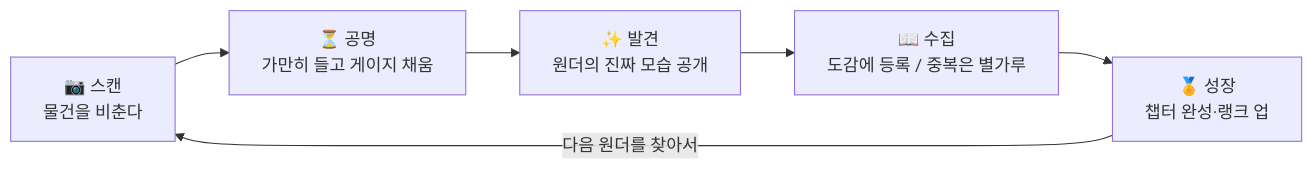
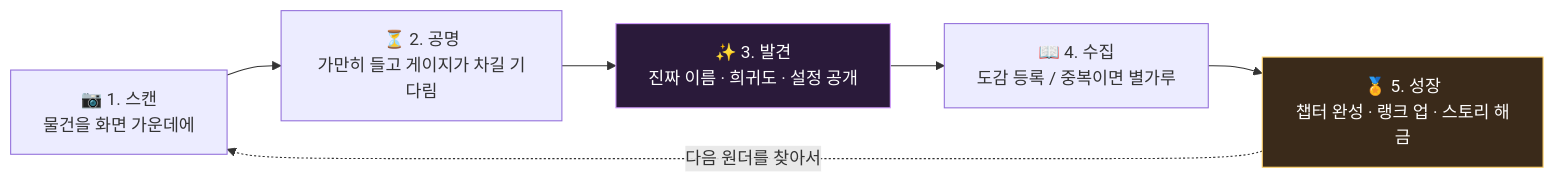
One commit to akillness/wonder_scanner changed the first of 3 diagrams in README.md. Above: the diagram before and after it, drawn with Mermaid. The commit also changed other lines of this file and 8 other files, not shown here.

````diff
--- a/README.md
+++ b/README.md
@@ -50,8 +51,10 @@
 ```mermaid
 flowchart LR
-    A[📷 스캔<br/>물건을 비춘다] --> B[⏳ 공명<br/>가만히 들고 게이지 채움]
-    B --> C[✨ 발견<br/>원더의 진짜 모습 공개]
-    C --> D[📖 수집<br/>도감에 등록 / 중복은 별가루]
-    D --> E[🏅 성장<br/>챕터 완성·랭크 업]
-    E -->|다음 원더를 찾아서| A
+    A["📷 1. 스캔<br/>물건을 화면 가운데에"] --> B["⏳ 2. 공명<br/>가만히 들고 게이지가 차길 기다림"]
+    B --> C["✨ 3. 발견<br/>진짜 이름 · 희귀도 · 설정 공개"]
+    C --> D["📖 4. 수집<br/>도감 등록 / 중복이면 별가루"]
+    D --> E["🏅 5. 성장<br/>챕터 완성 · 랭크 업 · 스토리 해금"]
+    E -.->|다음 원더를 찾아서| A
+    style C fill:#2a1a3a,stroke:#d29bff,color:#fff
+    style E fill:#3a2a1a,stroke:#ffd166,color:#fff
 ```
````
